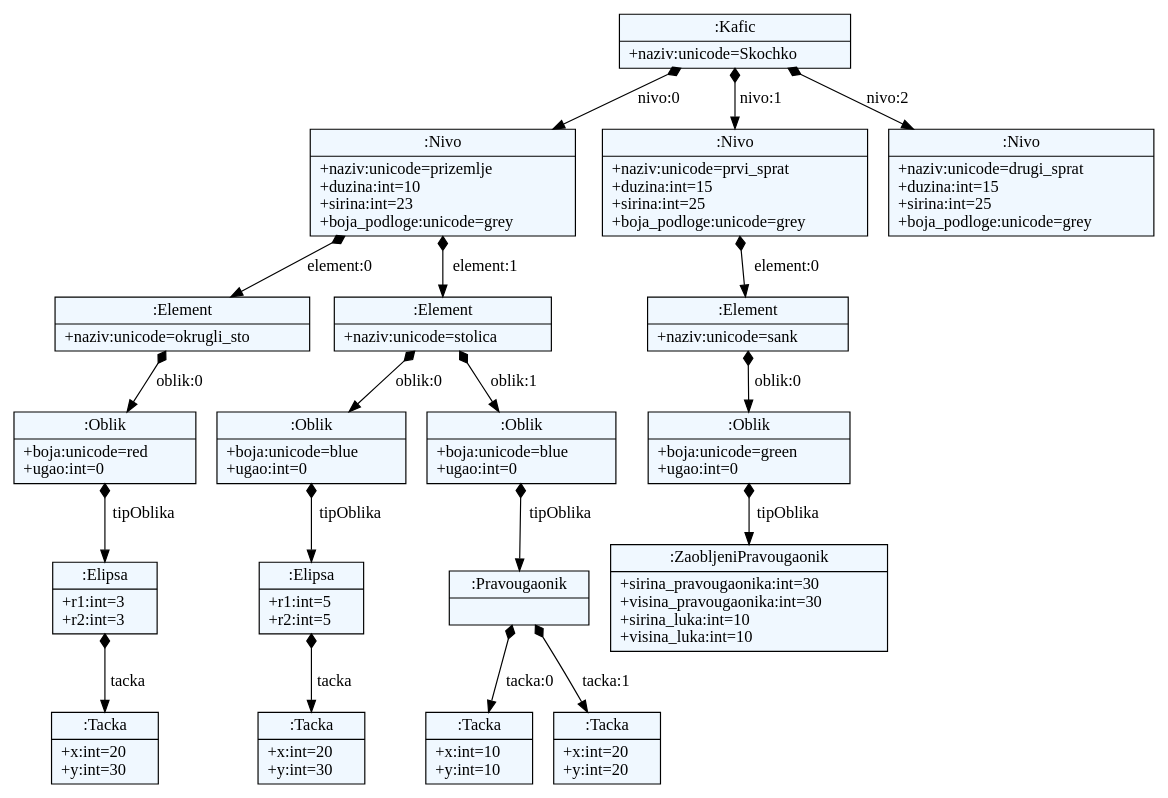
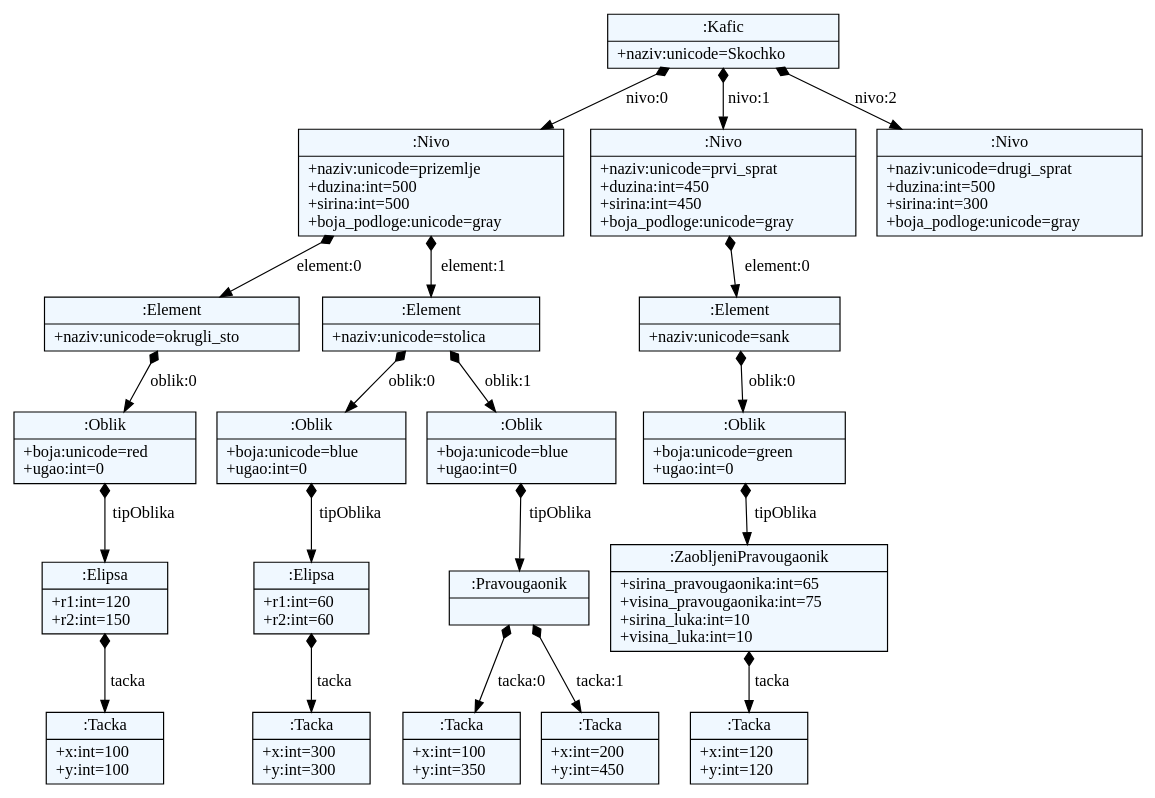
Before and after one commit to 0xMilica/JSDGenerator: the diagram in JSDProject/language/model.dot, drawn with Graphviz. The commit also changed 6 other files, not shown here.

```diff
--- a/JSDProject/language/model.dot
+++ b/JSDProject/language/model.dot
@@ -1,51 +1,53 @@
 
     digraph xtext {
     fontname = "Bitstream Vera Sans"
     fontsize = 8
     node[
         shape=record,
         style=filled,
         fillcolor=aliceblue
     ]
     edge[dir=black,arrowtail=empty]
 
 
-51946664 -> 50810048 [label="nivo:0" arrowtail=diamond dir=both]
-50810048 -> 50909024 [label="element:0" arrowtail=diamond dir=both]
-50909024 -> 50951616 [label="oblik:0" arrowtail=diamond dir=both]
-50951616 -> 50953856 [label="tipOblika" arrowtail=diamond dir=both]
-50953856 -> 50916880 [label="tacka" arrowtail=diamond dir=both]
-50916880[label="{:Tacka|+x:int=20\l+y:int=30\l}"]
-50953856[label="{:Elipsa|+r1:int=3\l+r2:int=3\l}"]
-50951616[label="{:Oblik|+boja:unicode=red\l+ugao:int=0\l}"]
-50909024[label="{:Element|+naziv:unicode=okrugli_sto\l}"]
-50810048 -> 50951448 [label="element:1" arrowtail=diamond dir=both]
-50951448 -> 50952400 [label="oblik:0" arrowtail=diamond dir=both]
-50952400 -> 50917048 [label="tipOblika" arrowtail=diamond dir=both]
-50917048 -> 50921992 [label="tacka" arrowtail=diamond dir=both]
-50921992[label="{:Tacka|+x:int=20\l+y:int=30\l}"]
-50917048[label="{:Elipsa|+r1:int=5\l+r2:int=5\l}"]
-50952400[label="{:Oblik|+boja:unicode=blue\l+ugao:int=0\l}"]
-50951448 -> 50913352 [label="oblik:1" arrowtail=diamond dir=both]
-50913352 -> 50921824 [label="tipOblika" arrowtail=diamond dir=both]
-50921824 -> 50924456 [label="tacka:0" arrowtail=diamond dir=both]
-50924456[label="{:Tacka|+x:int=10\l+y:int=10\l}"]
-50921824 -> 51765144 [label="tacka:1" arrowtail=diamond dir=both]
-51765144[label="{:Tacka|+x:int=20\l+y:int=20\l}"]
-50921824[label="{:Pravougaonik|}"]
-50913352[label="{:Oblik|+boja:unicode=blue\l+ugao:int=0\l}"]
-50951448[label="{:Element|+naziv:unicode=stolica\l}"]
-50810048[label="{:Nivo|+naziv:unicode=prizemlje\l+duzina:int=10\l+sirina:int=23\l+boja_podloge:unicode=grey\l}"]
-51946664 -> 50810216 [label="nivo:1" arrowtail=diamond dir=both]
-50810216 -> 50953688 [label="element:0" arrowtail=diamond dir=both]
-50953688 -> 50923280 [label="oblik:0" arrowtail=diamond dir=both]
-50923280 -> 50943760 [label="tipOblika" arrowtail=diamond dir=both]
-50943760[label="{:ZaobljeniPravougaonik|+sirina_pravougaonika:int=30\l+visina_pravougaonika:int=30\l+sirina_luka:int=10\l+visina_luka:int=10\l}"]
-50923280[label="{:Oblik|+boja:unicode=green\l+ugao:int=0\l}"]
-50953688[label="{:Element|+naziv:unicode=sank\l}"]
-50810216[label="{:Nivo|+naziv:unicode=prvi_sprat\l+duzina:int=15\l+sirina:int=25\l+boja_podloge:unicode=grey\l}"]
-51946664 -> 50801408 [label="nivo:2" arrowtail=diamond dir=both]
-50801408[label="{:Nivo|+naziv:unicode=drugi_sprat\l+duzina:int=15\l+sirina:int=25\l+boja_podloge:unicode=grey\l}"]
-51946664[label="{:Kafic|+naziv:unicode=Skochko\l}"]
+50342600 -> 53043832 [label="nivo:0" arrowtail=diamond dir=both]
+53043832 -> 53044112 [label="element:0" arrowtail=diamond dir=both]
+53044112 -> 53044280 [label="oblik:0" arrowtail=diamond dir=both]
+53044280 -> 53044392 [label="tipOblika" arrowtail=diamond dir=both]
+53044392 -> 53044504 [label="tacka" arrowtail=diamond dir=both]
+53044504[label="{:Tacka|+x:int=100\l+y:int=100\l}"]
+53044392[label="{:Elipsa|+r1:int=120\l+r2:int=150\l}"]
+53044280[label="{:Oblik|+boja:unicode=red\l+ugao:int=0\l}"]
+53044112[label="{:Element|+naziv:unicode=okrugli_sto\l}"]
+53043832 -> 53044168 [label="element:1" arrowtail=diamond dir=both]
+53044168 -> 53044448 [label="oblik:0" arrowtail=diamond dir=both]
+53044448 -> 53044616 [label="tipOblika" arrowtail=diamond dir=both]
+53044616 -> 53044728 [label="tacka" arrowtail=diamond dir=both]
+53044728[label="{:Tacka|+x:int=300\l+y:int=300\l}"]
+53044616[label="{:Elipsa|+r1:int=60\l+r2:int=60\l}"]
+53044448[label="{:Oblik|+boja:unicode=blue\l+ugao:int=0\l}"]
+53044168 -> 53044560 [label="oblik:1" arrowtail=diamond dir=both]
+53044560 -> 53044784 [label="tipOblika" arrowtail=diamond dir=both]
+53044784 -> 53044952 [label="tacka:0" arrowtail=diamond dir=both]
+53044952[label="{:Tacka|+x:int=100\l+y:int=350\l}"]
+53044784 -> 53045008 [label="tacka:1" arrowtail=diamond dir=both]
+53045008[label="{:Tacka|+x:int=200\l+y:int=450\l}"]
+53044784[label="{:Pravougaonik|}"]
+53044560[label="{:Oblik|+boja:unicode=blue\l+ugao:int=0\l}"]
+53044168[label="{:Element|+naziv:unicode=stolica\l}"]
+53043832[label="{:Nivo|+naziv:unicode=prizemlje\l+duzina:int=500\l+sirina:int=500\l+boja_podloge:unicode=gray\l}"]
+50342600 -> 53043888 [label="nivo:1" arrowtail=diamond dir=both]
+53043888 -> 53044336 [label="element:0" arrowtail=diamond dir=both]
+53044336 -> 53044896 [label="oblik:0" arrowtail=diamond dir=both]
+53044896 -> 53045120 [label="tipOblika" arrowtail=diamond dir=both]
+53045120 -> 53045232 [label="tacka" arrowtail=diamond dir=both]
+53045232[label="{:Tacka|+x:int=120\l+y:int=120\l}"]
+53045120[label="{:ZaobljeniPravougaonik|+sirina_pravougaonika:int=65\l+visina_pravougaonika:int=75\l+sirina_luka:int=10\l+visina_luka:int=10\l}"]
+53044896[label="{:Oblik|+boja:unicode=green\l+ugao:int=0\l}"]
+53044336[label="{:Element|+naziv:unicode=sank\l}"]
+53043888[label="{:Nivo|+naziv:unicode=prvi_sprat\l+duzina:int=450\l+sirina:int=450\l+boja_podloge:unicode=gray\l}"]
+50342600 -> 53043944 [label="nivo:2" arrowtail=diamond dir=both]
+53043944[label="{:Nivo|+naziv:unicode=drugi_sprat\l+duzina:int=500\l+sirina:int=300\l+boja_podloge:unicode=gray\l}"]
+50342600[label="{:Kafic|+naziv:unicode=Skochko\l}"]
 
 }
```
